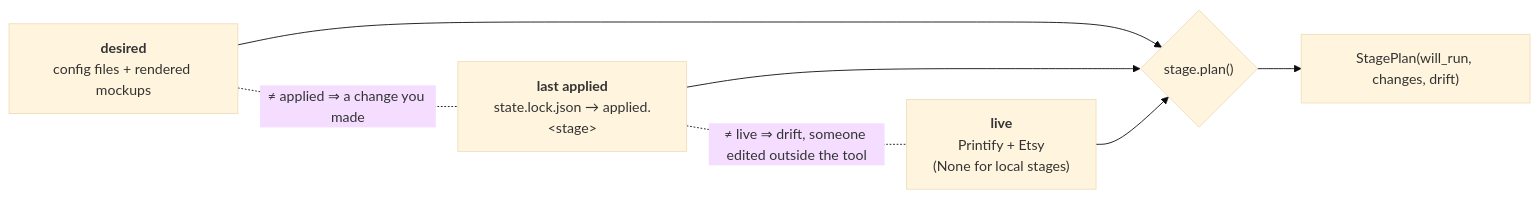
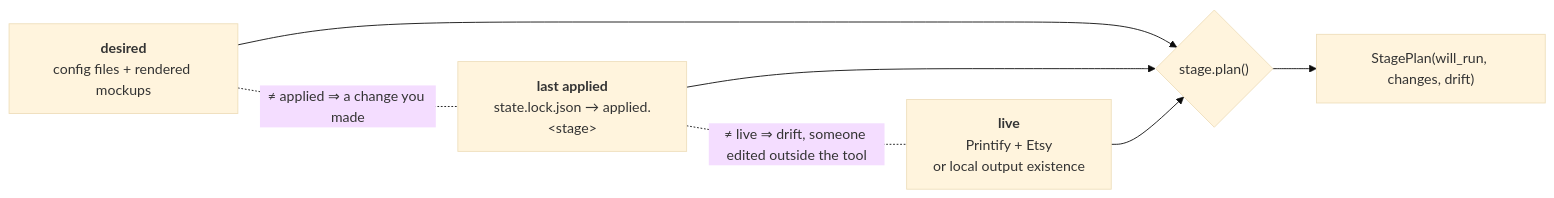
Before and after one commit to eli-jordan/etsy-listing-automation: the third of 5 diagrams in docs/architecture.md, drawn with Mermaid (base theme). The commit also changed other lines of this file and 45 other files, not shown here.

Commit message:
Fix selected architecture findings and document current application

````diff
--- a/docs/architecture.md
+++ b/docs/architecture.md
@@ -123,10 +171,10 @@
 ```mermaid
 graph LR
     D["<b>desired</b><br/>config files + rendered mockups"] --> Diff{"stage.plan()"}
     A["<b>last applied</b><br/>state.lock.json → applied.&lt;stage&gt;"] --> Diff
-    L["<b>live</b><br/>Printify + Etsy<br/>(None for local stages)"] --> Diff
+    L["<b>live</b><br/>Printify + Etsy<br/>or local output existence"] --> Diff
     Diff --> SP["StagePlan(will_run, changes, drift)"]
 
     D -. "≠ applied ⇒ a change you made".- A
     A -. "≠ live ⇒ drift, someone edited outside the tool".- L
 ```
````
